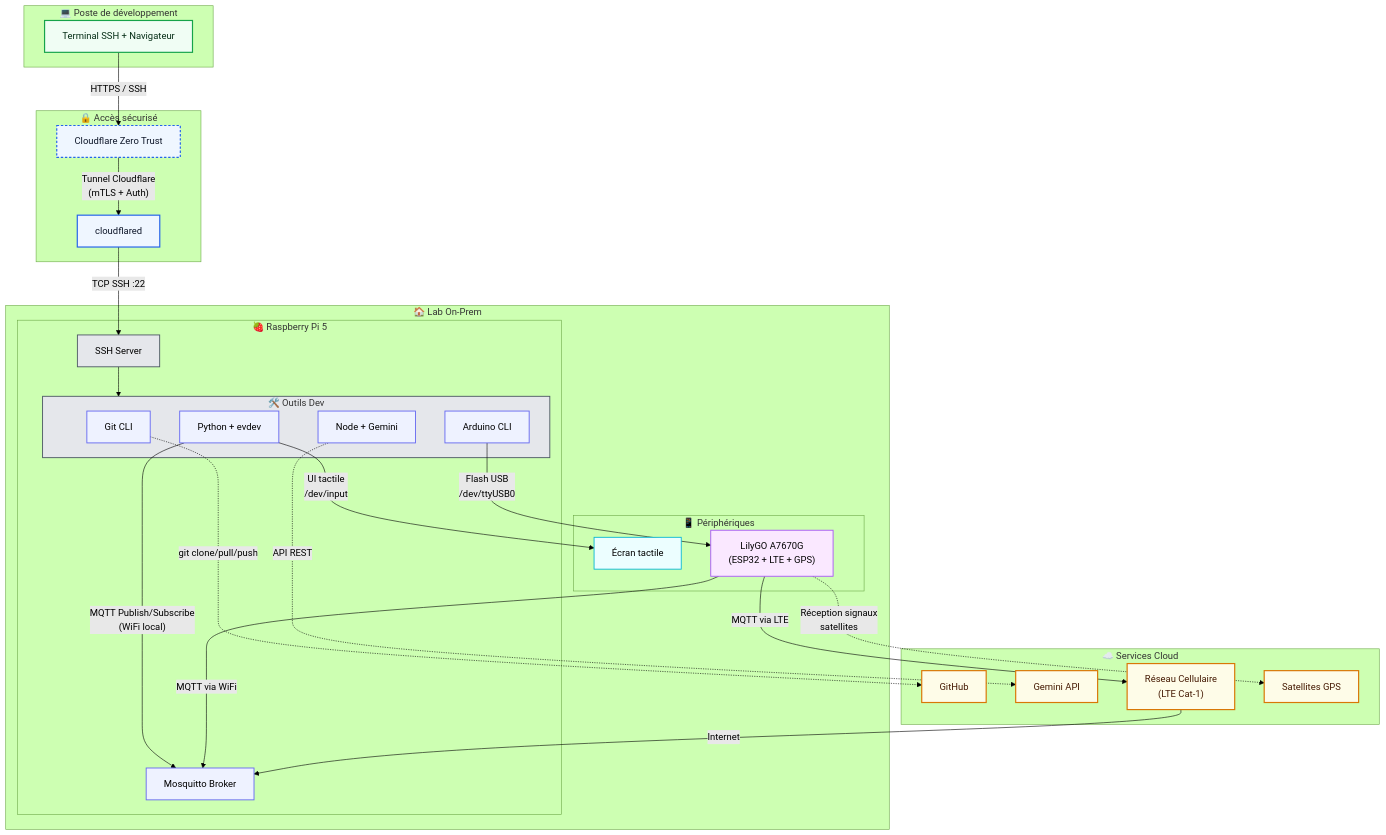
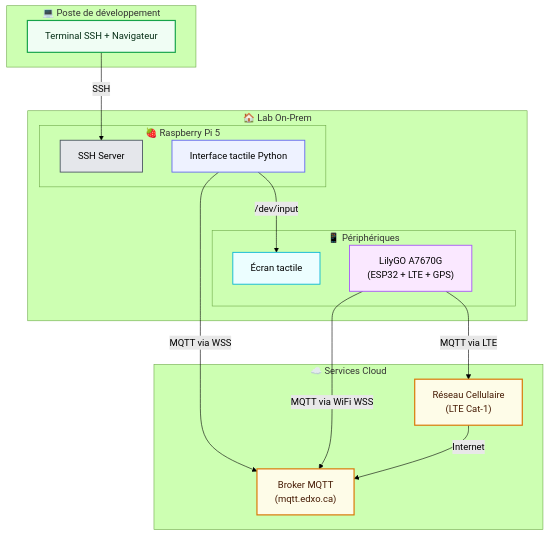
The diagram in labo2/Labo2-communication-sans-fil-MQTT-LTE.md (fpoisson2/243-4J5-LI), drawn with Mermaid (forest theme) before and after one commit. The commit also changed other lines of this file and 3 other files, not shown here.

````diff
--- a/labo2/Labo2-communication-sans-fil-MQTT-LTE.md
+++ b/labo2/Labo2-communication-sans-fil-MQTT-LTE.md
@@ -17,7 +17,6 @@
     classDef componentCore fill:#e5e7eb,stroke:#4b5563,stroke-width:1.5px;
     classDef componentService fill:#eef2ff,stroke:#6366f1,stroke-width:1.5px;
     classDef componentDevice fill:#ecfeff,stroke:#06b6d4,stroke-width:1.5px;
-    classDef securityEdge fill:#fef2f2,stroke:#b91c1c,stroke-width:1.5px,stroke-dasharray:4 3;
     classDef wireless fill:#fae8ff,stroke:#a855f7,stroke-width:1.5px;
 
     %% ==== ZONE CLIENT ====
@@ -25,24 +24,11 @@
         Dev_PC["Terminal SSH + Navigateur"]:::zoneClient
     end
 
-    %% ==== ZONE D'ACCÈS / EDGE ====
-    subgraph Zone_Access ["🔒 Accès sécurisé"]
-        CF_ZT["Cloudflare Zero Trust"]:::securityEdge
-        CF_Tunnel["cloudflared"]:::componentService
-    end
-
     %% ==== ZONE LAB / ON-PREM ====
     subgraph Zone_Lab ["🏠 Lab On-Prem"]
         subgraph RPi5_Core ["🍓 Raspberry Pi 5"]
             SSHD["SSH Server"]:::componentCore
-            MQTT_Broker["Mosquitto Broker"]:::componentService
-
-            subgraph Dev_Stack ["🛠️ Outils Dev"]
-                Git_CLI["Git CLI"]:::componentService
-                Node_Gemini["Node + Gemini"]:::componentService
-                Python_Env["Python + evdev"]:::componentService
-                Arduino_CLI["Arduino CLI"]:::componentService
-            end
+            Python_UI["Interface tactile Python"]:::componentService
         end
 
         subgraph Lab_Devices ["📱 Périphériques"]
@@ -53,46 +39,21 @@
 
     %% ==== ZONE CLOUD / SAAS ====
     subgraph Zone_Cloud ["☁️ Services Cloud"]
-        GitHub_SaaS["GitHub"]:::zoneCloud
-        Gemini_API["Gemini API"]:::zoneCloud
+        MQTT_Broker["Broker MQTT<br/>(mqtt.edxo.ca)"]:::zoneCloud
         Cellular_Network["Réseau Cellulaire<br/>(LTE Cat-1)"]:::zoneCloud
-        GPS_Satellites["Satellites GPS"]:::zoneCloud
     end
 
     %% ==== FLUX PRINCIPAUX ====
 
-    %% 1. ACCÈS DISTANT (vertical)
-    Dev_PC -->|"HTTPS / SSH"| CF_ZT
-    CF_ZT -->|"Tunnel Cloudflare<br/>(mTLS + Auth)"| CF_Tunnel
-    CF_Tunnel -->|"TCP SSH :22"| SSHD
-    SSHD --> Dev_Stack
+    %% 1. ACCÈS DISTANT
+    Dev_PC -->|"SSH"| SSHD
 
-    %% 2. DEV & GESTION DE CODE
-    Git_CLI -.->|"git clone/pull/push"| GitHub_SaaS
-
-    %% 3. APPELS IA
-    Node_Gemini -.->|"API REST"| Gemini_API
-
-    %% 4. COMMUNICATION MQTT
-    Python_Env -->|"MQTT Publish/Subscribe<br/>(WiFi local)"| MQTT_Broker
-    LilyGO_A7670G -->|"MQTT via WiFi"| MQTT_Broker
+    %% 2. COMMUNICATION MQTT
+    Python_UI -->|"MQTT via WSS"| MQTT_Broker
+    LilyGO_A7670G -->|"MQTT via WiFi WSS"| MQTT_Broker
     LilyGO_A7670G -->|"MQTT via LTE"| Cellular_Network
     Cellular_Network -->|"Internet"| MQTT_Broker
 
-    %% 5. PROGRAMMATION ET MONITORING
-    Arduino_CLI -->|"Flash USB<br/>/dev/ttyUSB0"| LilyGO_A7670G
-
-    %% 6. INTERACTIONS TACTILES
-    Python_Env -->|"UI tactile<br/>/dev/input"| Touchscreen
-
-    %% 7. GPS
-    LilyGO_A7670G -.->|"Réception signaux<br/>satellites"| GPS_Satellites
-
-    %% ==== CLASS ZONES ====
-    class Dev_PC zoneClient;
-    class CF_ZT,CF_Tunnel zoneAccess;
-    class SSHD,Dev_Stack componentCore;
-    class Touchscreen componentDevice;
-    class LilyGO_A7670G wireless;
-    class GitHub_SaaS,Gemini_API,Cellular_Network,GPS_Satellites zoneCloud;
+    %% 3. INTERACTIONS TACTILES
+    Python_UI -->|"/dev/input"| Touchscreen
 ```
````
